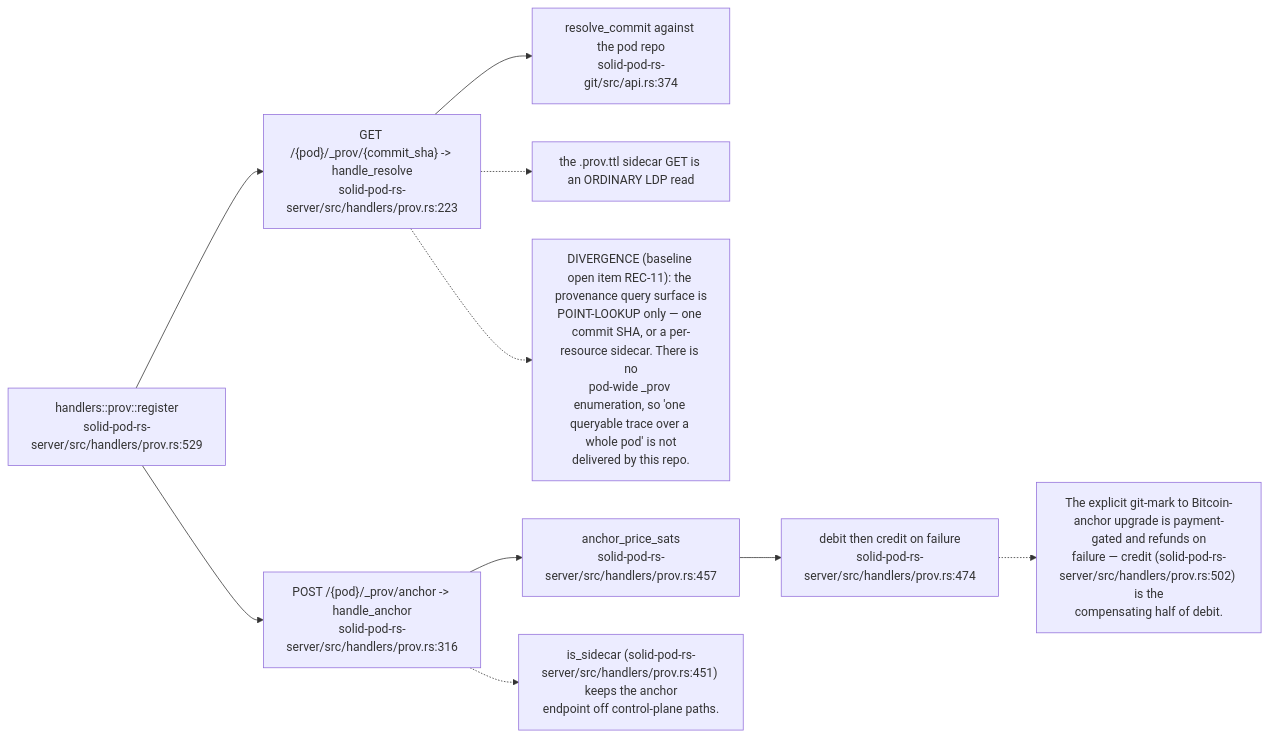
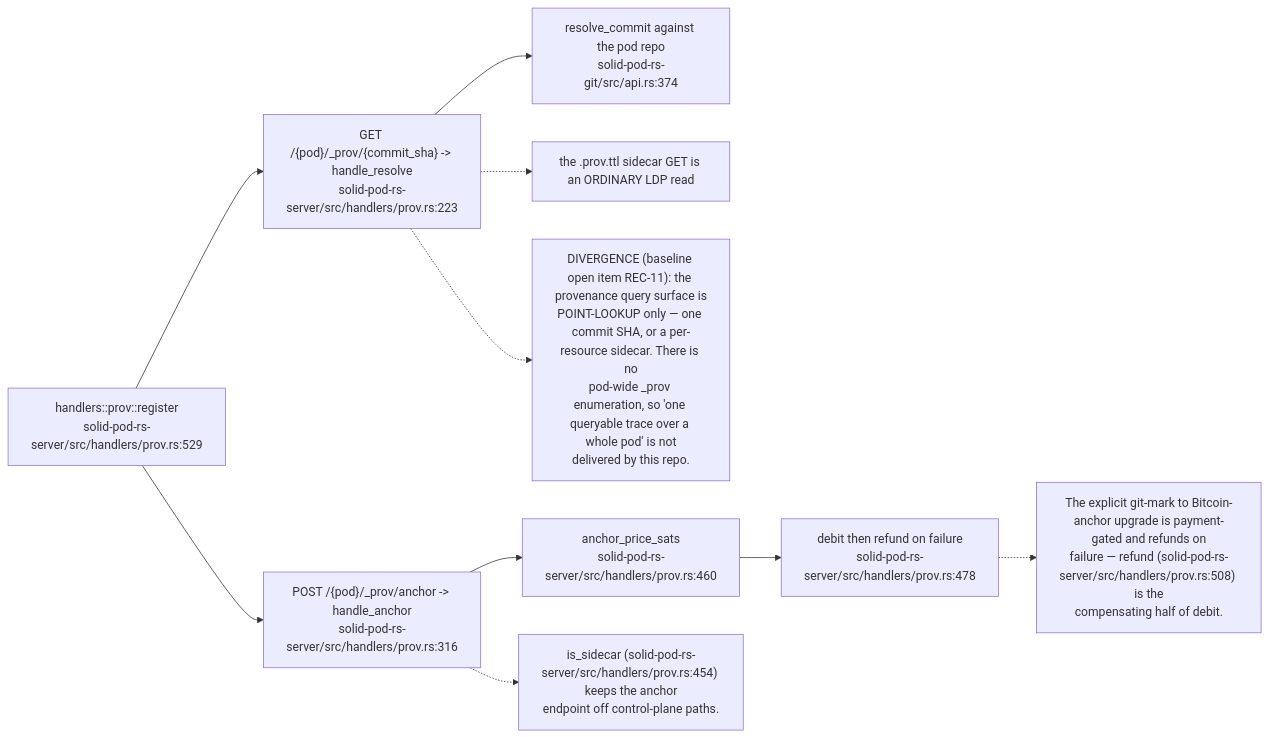
One commit to DreamLab-AI/VisionFlow changed the sixth of 17 diagrams in docs/diagrams/solid-pod-rs/07-provenance-and-payments.md. Above: the diagram before and after it, drawn with Mermaid. The commit also changed other lines of this file and 111 other files, not shown here.

Commit message:
docs(diagrams): align estate maps with current source

````diff
--- a/docs/diagrams/solid-pod-rs/07-provenance-and-payments.md
+++ b/docs/diagrams/solid-pod-rs/07-provenance-and-payments.md
@@ -181,21 +181,21 @@
 ```mermaid
 flowchart LR
     R1["GET /{pod}/_prov/{commit_sha} -> handle_resolve<br/>solid-pod-rs-server/src/handlers/prov.rs:223"]
     R2["POST /{pod}/_prov/anchor -> handle_anchor<br/>solid-pod-rs-server/src/handlers/prov.rs:316"]
     REG["handlers::prov::register<br/>solid-pod-rs-server/src/handlers/prov.rs:529"]
     RC["resolve_commit against the pod repo<br/>solid-pod-rs-git/src/api.rs:374"]
-    PRICE["anchor_price_sats<br/>solid-pod-rs-server/src/handlers/prov.rs:457"]
-    DEB["debit then credit on failure<br/>solid-pod-rs-server/src/handlers/prov.rs:474"]
+    PRICE["anchor_price_sats<br/>solid-pod-rs-server/src/handlers/prov.rs:460"]
+    DEB["debit then refund on failure<br/>solid-pod-rs-server/src/handlers/prov.rs:478"]
     SIDE["the .prov.ttl sidecar GET is an ORDINARY LDP read"]
 
     REG --> R1 --> RC
     REG --> R2 --> PRICE --> DEB
     R1 -.-> SIDE
 
     N["DIVERGENCE (baseline open item REC-11): the provenance query surface is<br/>POINT-LOOKUP only — one commit SHA, or a per-resource sidecar. There is no<br/>pod-wide _prov enumeration, so 'one queryable trace over a whole pod' is not<br/>delivered by this repo."]
     R1 -.-> N
-    N2["The explicit git-mark to Bitcoin-anchor upgrade is payment-gated and refunds on<br/>failure — credit (solid-pod-rs-server/src/handlers/prov.rs:502) is the<br/>compensating half of debit."]
+    N2["The explicit git-mark to Bitcoin-anchor upgrade is payment-gated and refunds on<br/>failure — refund (solid-pod-rs-server/src/handlers/prov.rs:508) is the<br/>compensating half of debit."]
     DEB -.-> N2
-    N3["is_sidecar (solid-pod-rs-server/src/handlers/prov.rs:451) keeps the anchor<br/>endpoint off control-plane paths."]
+    N3["is_sidecar (solid-pod-rs-server/src/handlers/prov.rs:454) keeps the anchor<br/>endpoint off control-plane paths."]
     R2 -.-> N3
 ```
````
